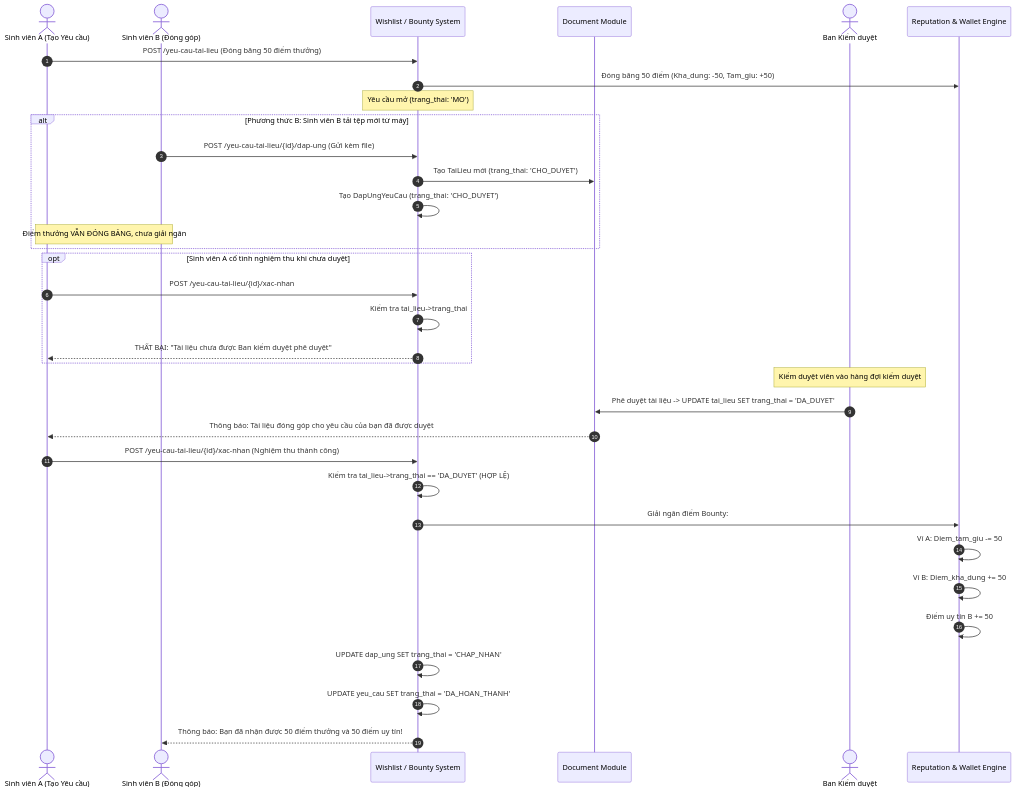
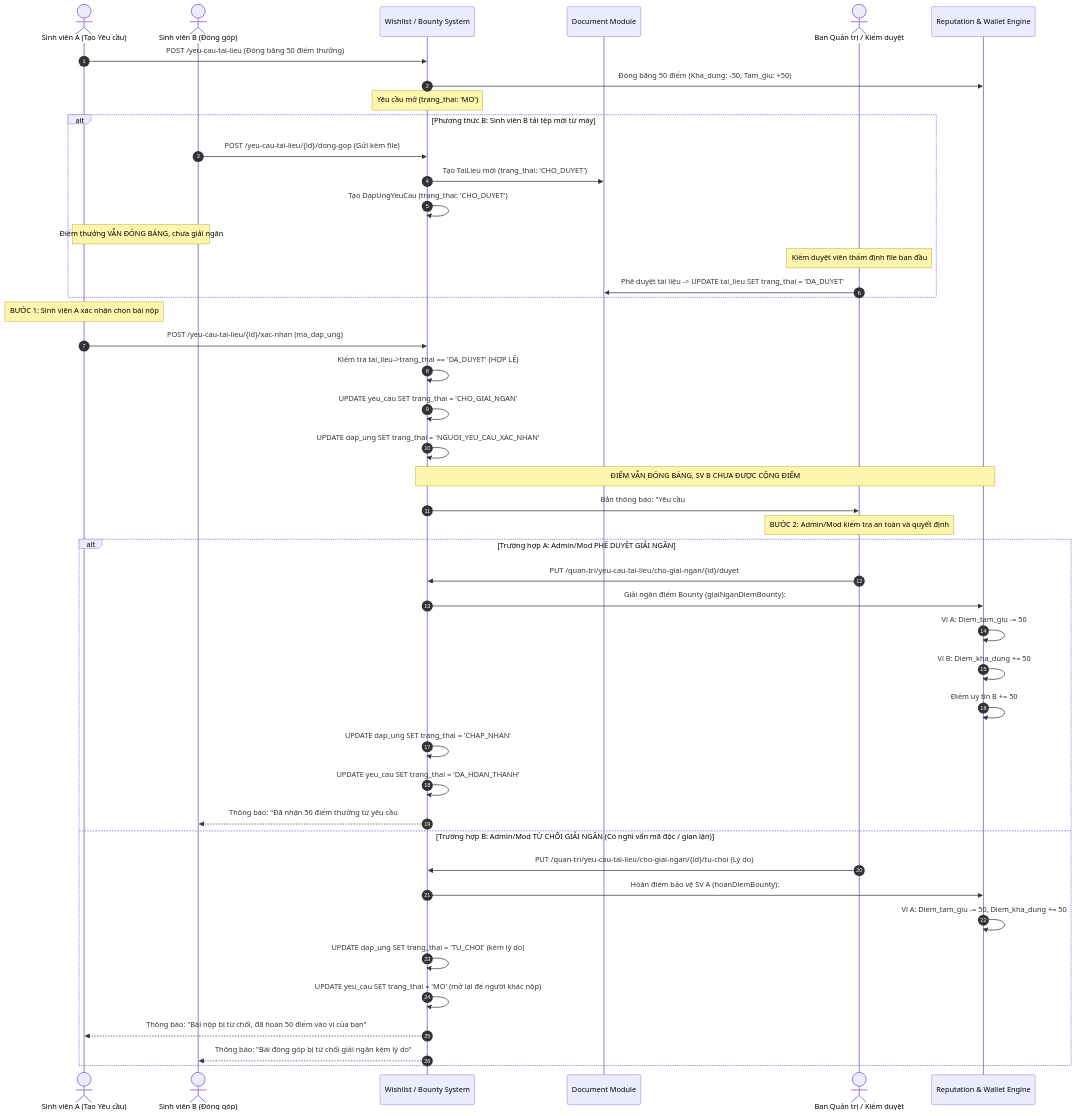
Before and after one commit to DuyCaChef/AGU-Academic-Hub: the second of 3 diagrams in docs/integration/STUDENT_ALUMNI_MODERATION_HANDOFF.md, drawn with Mermaid. The commit also changed other lines of this file, not shown here.

Commit message:
docs: cập nhật tài liệu dựa trên luồng điểm thưởng

````diff
--- a/docs/integration/STUDENT_ALUMNI_MODERATION_HANDOFF.md
+++ b/docs/integration/STUDENT_ALUMNI_MODERATION_HANDOFF.md
@@ -232,41 +275,52 @@
 ```mermaid
 sequenceDiagram
     autonumber
     actor Requester as Sinh viên A (Tạo Yêu cầu)
     actor Contributor as Sinh viên B (Đóng góp)
     participant BountySystem as Wishlist / Bounty System
     participant DocModule as Document Module
-    actor Moderator as Ban Kiểm duyệt
+    actor Moderator as Ban Quản trị / Kiểm duyệt
     participant Reputation as Reputation & Wallet Engine
 
     Requester->>BountySystem: POST /yeu-cau-tai-lieu (Đóng băng 50 điểm thưởng)
     BountySystem->>Reputation: Đóng băng 50 điểm (Kha_dung: -50, Tam_giu: +50)
     Note over BountySystem: Yêu cầu mở (trang_thai: 'MO')
 
     alt Phương thức B: Sinh viên B tải tệp mới từ máy
-        Contributor->>BountySystem: POST /yeu-cau-tai-lieu/{id}/dap-ung (Gửi kèm file)
+        Contributor->>BountySystem: POST /yeu-cau-tai-lieu/{id}/dong-gop (Gửi kèm file)
         BountySystem->>DocModule: Tạo TaiLieu mới (trang_thai: 'CHO_DUYET')
         BountySystem->>BountySystem: Tạo DapUngYeuCau (trang_thai: 'CHO_DUYET')
         Note over Contributor,Requester: Điểm thưởng VẪN ĐÓNG BĂNG, chưa giải ngân
+        
+        Note over Moderator: Kiểm duyệt viên thẩm định file ban đầu
+        Moderator->>DocModule: Phê duyệt tài liệu -> UPDATE tai_lieu SET trang_thai = 'DA_DUYET'
     end
 
-    opt Sinh viên A cố tình nghiệm thu khi chưa duyệt
-        Requester->>BountySystem: POST /yeu-cau-tai-lieu/{id}/xac-nhan
-        BountySystem->>BountySystem: Kiểm tra tai_lieu->trang_thai
-        BountySystem-->>Requester: THẤT BẠI: "Tài liệu chưa được Ban kiểm duyệt phê duyệt"
+    Note over Requester: BƯỚC 1: Sinh viên A xác nhận chọn bài nộp
+    Requester->>BountySystem: POST /yeu-cau-tai-lieu/{id}/xac-nhan (ma_dap_ung)
+    BountySystem->>BountySystem: Kiểm tra tai_lieu->trang_thai == 'DA_DUYET' (HỢP LỆ)
+    BountySystem->>BountySystem: UPDATE yeu_cau SET trang_thai = 'CHO_GIAI_NGAN'
+    BountySystem->>BountySystem: UPDATE dap_ung SET trang_thai = 'NGUOI_YEU_CAU_XAC_NHAN'
+    Note over BountySystem,Reputation: ĐIỂM VẪN ĐÓNG BĂNG, SV B CHƯA ĐƯỢC CỘNG ĐIỂM
+    BountySystem->>Moderator: Bắn thông báo: "Yêu cầu #id cần duyệt giải ngân"
+
+    Note over Moderator: BƯỚC 2: Admin/Mod kiểm tra an toàn và quyết định
+    alt Trường hợp A: Admin/Mod PHÊ DUYỆT GIẢI NGÂN
+        Moderator->>BountySystem: PUT /quan-tri/yeu-cau-tai-lieu/cho-giai-ngan/{id}/duyet
+        BountySystem->>Reputation: Giải ngân điểm Bounty (giaiNganDiemBounty):
+        Reputation->>Reputation: Ví A: Diem_tam_giu -= 50
+        Reputation->>Reputation: Ví B: Diem_kha_dung += 50
+        Reputation->>Reputation: Điểm uy tín B += 50
+        BountySystem->>BountySystem: UPDATE dap_ung SET trang_thai = 'CHAP_NHAN'
+        BountySystem->>BountySystem: UPDATE yeu_cau SET trang_thai = 'DA_HOAN_THANH'
+        BountySystem-->>Contributor: Thông báo: "Đã nhận 50 điểm thưởng từ yêu cầu #id!"
+    else Trường hợp B: Admin/Mod TỪ CHỐI GIẢI NGÂN (Có nghi vấn mã độc / gian lận)
+        Moderator->>BountySystem: PUT /quan-tri/yeu-cau-tai-lieu/cho-giai-ngan/{id}/tu-choi (Lý do)
+        BountySystem->>Reputation: Hoàn điểm bảo vệ SV A (hoanDiemBounty):
+        Reputation->>Reputation: Ví A: Diem_tam_giu -= 50, Diem_kha_dung += 50
+        BountySystem->>BountySystem: UPDATE dap_ung SET trang_thai = 'TU_CHOI' (kèm lý do)
+        BountySystem->>BountySystem: UPDATE yeu_cau SET trang_thai = 'MO' (mở lại để người khác nộp)
+        BountySystem-->>Requester: Thông báo: "Bài nộp bị từ chối, đã hoàn 50 điểm vào ví của bạn"
+        BountySystem-->>Contributor: Thông báo: "Bài đóng góp bị từ chối giải ngân kèm lý do"
     end
-
-    Note over Moderator: Kiểm duyệt viên vào hàng đợi kiểm duyệt
-    Moderator->>DocModule: Phê duyệt tài liệu -> UPDATE tai_lieu SET trang_thai = 'DA_DUYET'
-    DocModule-->>Requester: Thông báo: Tài liệu đóng góp cho yêu cầu của bạn đã được duyệt
-
-    Requester->>BountySystem: POST /yeu-cau-tai-lieu/{id}/xac-nhan (Nghiệm thu thành công)
-    BountySystem->>BountySystem: Kiểm tra tai_lieu->trang_thai == 'DA_DUYET' (HỢP LỆ)
-    BountySystem->>Reputation: Giải ngân điểm Bounty:
-    Reputation->>Reputation: Ví A: Diem_tam_giu -= 50
-    Reputation->>Reputation: Ví B: Diem_kha_dung += 50
-    Reputation->>Reputation: Điểm uy tín B += 50
-    BountySystem->>BountySystem: UPDATE dap_ung SET trang_thai = 'CHAP_NHAN'
-    BountySystem->>BountySystem: UPDATE yeu_cau SET trang_thai = 'DA_HOAN_THANH'
-    BountySystem-->>Contributor: Thông báo: Bạn đã nhận được 50 điểm thưởng và 50 điểm uy tín!
 ```
````
